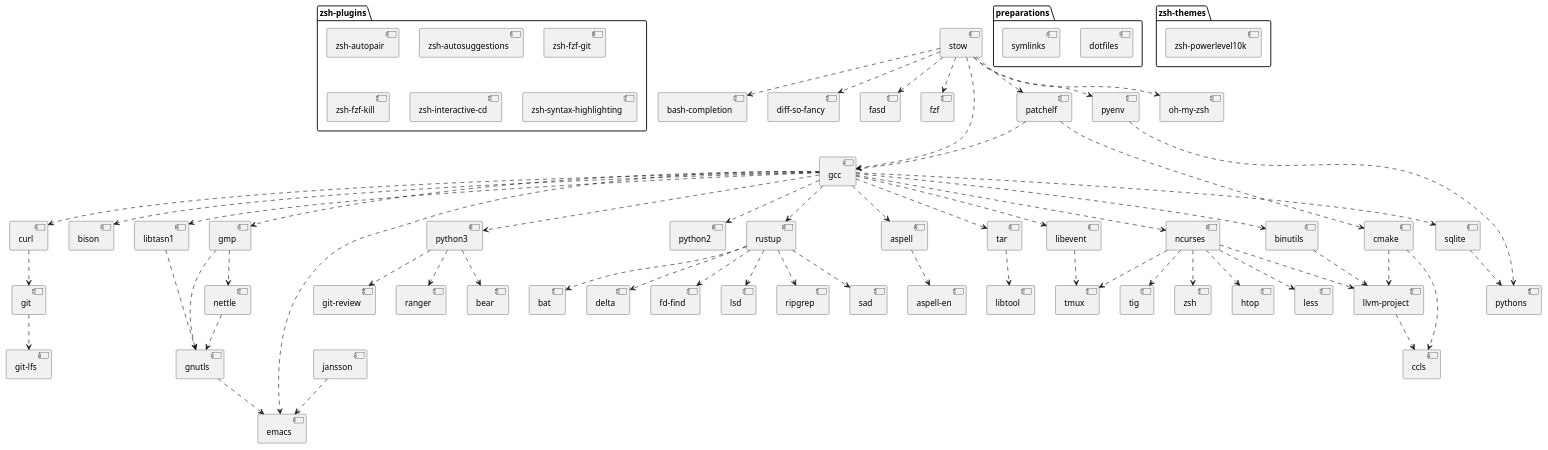
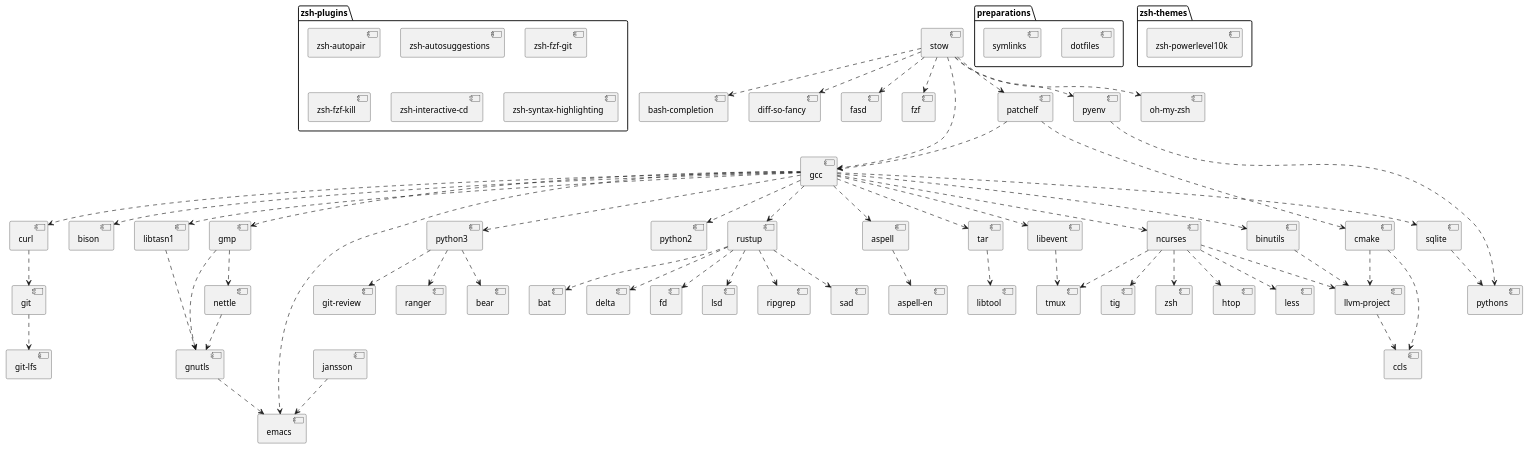
One commit to gessen/linsee-pkgs changed the diagram in deps.plantuml. Above: the diagram before and after it, drawn with PlantUML. The commit also changed 1 other file, not shown here.

Commit message:
fd: change name from fd-find

```diff
--- a/deps.plantuml
+++ b/deps.plantuml
@@ -1,95 +1,95 @@
 @startuml
 
 package "preparations" {
   [dotfiles]
   [symlinks]
 }
 
 package "zsh-plugins" {
   [zsh-autopair]
   [zsh-autosuggestions]
   [zsh-fzf-git]
   [zsh-fzf-kill]
   [zsh-interactive-cd]
   [zsh-syntax-highlighting]
 }
 
 package "zsh-themes" {
   [zsh-powerlevel10k]
 }
 
 [stow] ..> [bash-completion]
 [stow] ..> [diff-so-fancy]
 [stow] ..> [fasd]
 [stow] ..> [fzf]
 [stow] ..> [gcc]
 [stow] ..> [oh-my-zsh]
 [stow] ..> [patchelf]
 [stow] ..> [pyenv]
 
 [patchelf] ..> [gcc]
 [patchelf] ..> [cmake]
 
 [gcc] ..> [aspell]
 [gcc] ..> [binutils]
 [gcc] ..> [bison]
 [gcc] ..> [curl]
 [gcc] ..> [emacs]
 [gcc] ..> [gmp]
 [gcc] ..> [libevent]
 [gcc] ..> [libtasn1]
 [gcc] ..> [ncurses]
 [gcc] ..> [python2]
 [gcc] ..> [python3]
 [gcc] ..> [rustup]
 [gcc] ..> [sqlite]
 [gcc] ..> [tar]
 
 [cmake] ..> [ccls]
 [cmake] ..> [llvm-project]
 
 [pyenv] ..> [pythons]
 [sqlite] ..> [pythons]
 
 [python3] ..> [bear]
 [python3] ..> [git-review]
 [python3] ..> [ranger]
 
 [gmp] ..> [nettle]
 [gmp] ..> [gnutls]
 
 [libtasn1] ..> [gnutls]
 [nettle] ..> [gnutls]
 
 [gnutls] ..> [emacs]
 [jansson] ..> [emacs]
 
 [aspell] ..> [aspell-en]
 
 [binutils] ..> [llvm-project]
 
 [tar] ..> [libtool]
 
 [ncurses] ..> [htop]
 [ncurses] ..> [less]
 [ncurses] ..> [llvm-project]
 [ncurses] ..> [tig]
 [ncurses] ..> [tmux]
 [ncurses] ..> [zsh]
 
 [libevent] ..> [tmux]
 
 [curl] ..> [git]
 
 [git] ..> [git-lfs]
 
 [llvm-project] ..> [ccls]
 
 [rustup] ..> [bat]
 [rustup] ..> [delta]
-[rustup] ..> [fd-find]
+[rustup] ..> [fd]
 [rustup] ..> [lsd]
 [rustup] ..> [ripgrep]
 [rustup] ..> [sad]
 
 @enduml
```
